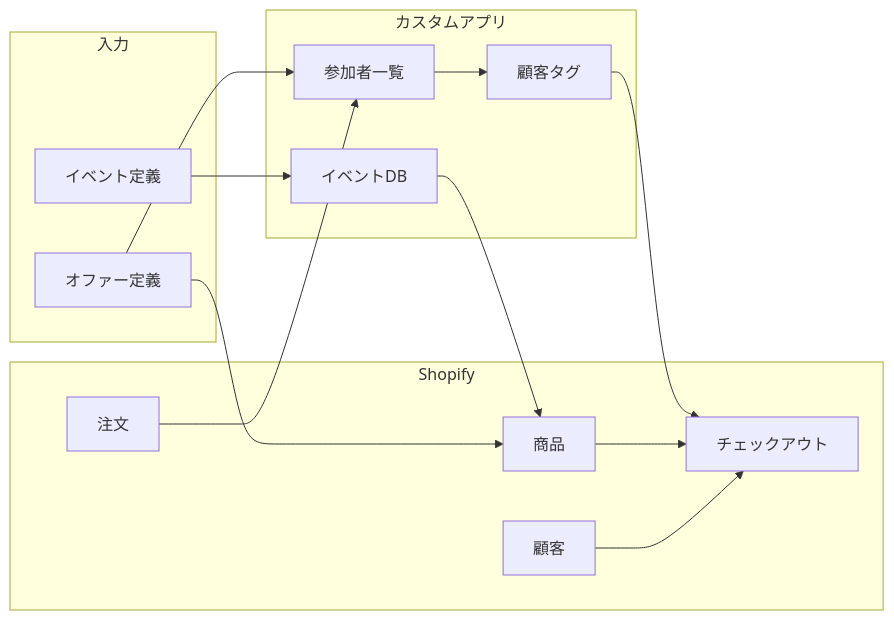
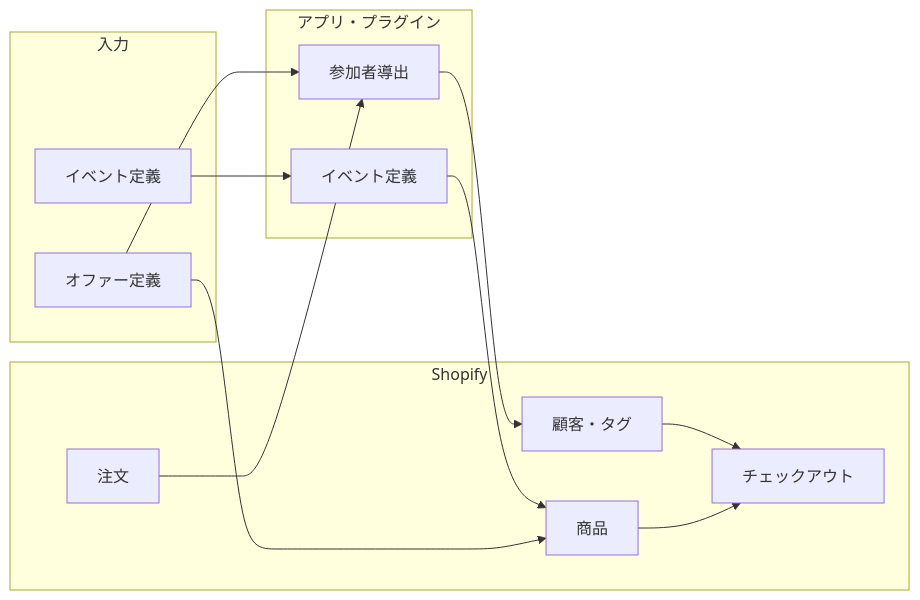
The second of 4 diagrams in 01-architecture.md (mhwtech/experience-ec), drawn with Mermaid before and after one commit. The commit also changed other lines of this file and 10 other files, not shown here.

````diff
--- a/01-architecture.md
+++ b/01-architecture.md
@@ -53,27 +53,25 @@
 ```mermaid
 flowchart LR
   subgraph input [入力]
     EventDef[イベント定義]
     OfferDef[オファー定義]
   end
   subgraph shopify [Shopify]
     Products[商品]
     Checkout[チェックアウト]
-    Customers[顧客]
+    Customers[顧客・タグ]
     Orders[注文]
   end
-  subgraph app [カスタムアプリ]
-    EventDB[イベントDB]
-    Attendees[参加者一覧]
-    Tags[顧客タグ]
+  subgraph app [アプリ・プラグイン]
+    EventStore[イベント定義]
+    ParticipantLogic[参加者導出]
   end
-  EventDef --> EventDB
-  EventDB --> Products
-  Orders --> Attendees
-  Attendees --> Tags
+  EventDef --> EventStore
+  EventStore --> Products
+  Orders --> ParticipantLogic
+  ParticipantLogic --> Customers
   OfferDef --> Products
-  OfferDef --> Attendees
-  Tags --> Checkout
+  OfferDef --> ParticipantLogic
+  Customers --> Checkout
   Products --> Checkout
-  Customers --> Checkout
 ```
````
